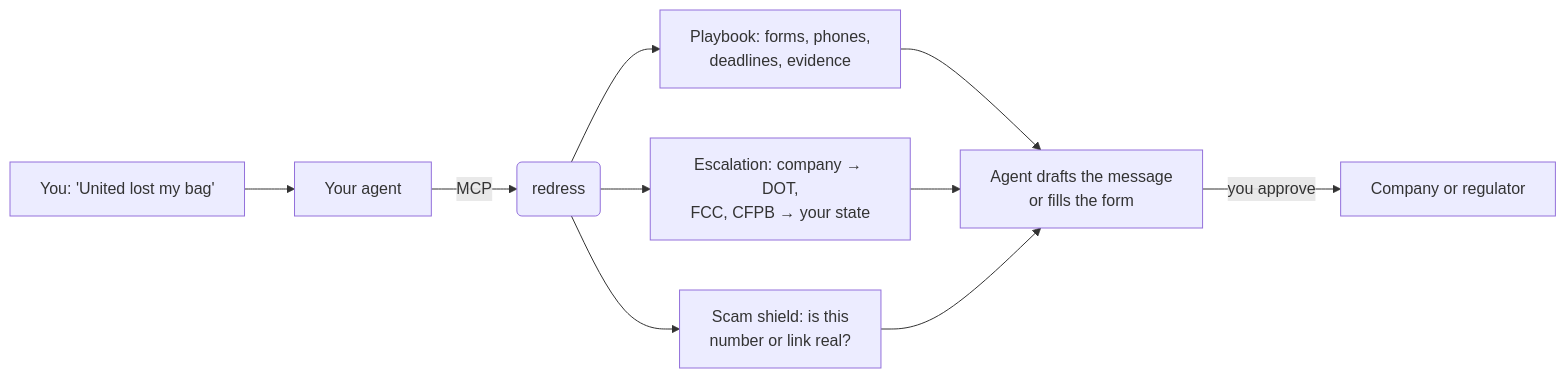
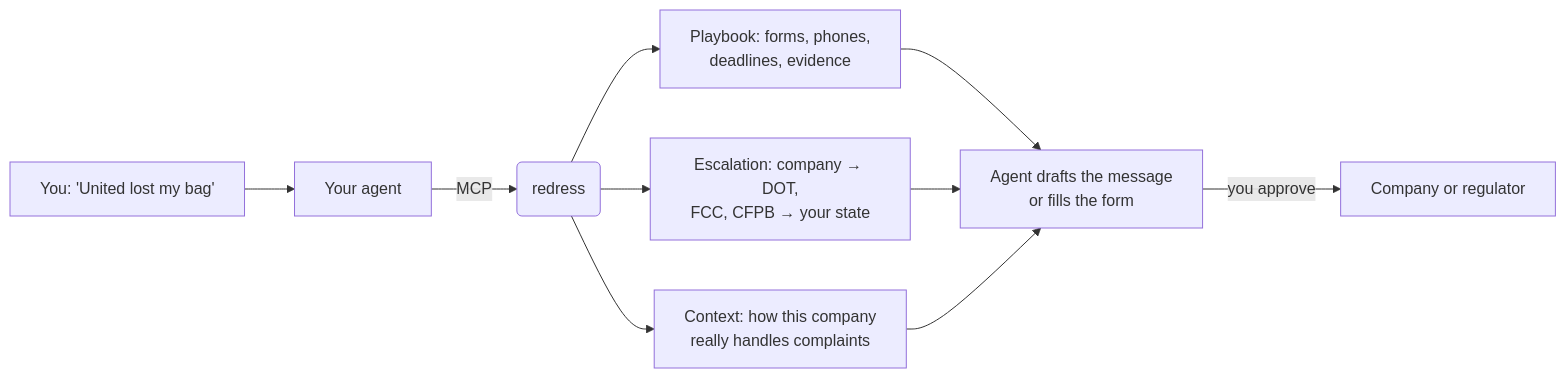
One commit to alexgaoth/escalate-anything changed the diagram in README.md. Above: the diagram before and after it, drawn with Mermaid. The commit also changed other lines of this file and 21 other files, not shown here.

First line of the commit message:
Remove the 'is this number real' checker; keep anti-scam as a side feature (#58)

````diff
--- a/README.md
+++ b/README.md
@@ -74,10 +74,10 @@
 ```mermaid
 flowchart LR
   A["You: 'United lost my bag'"] --> B[Your agent]
   B -->|MCP| C(redress)
   C --> D["Playbook: forms, phones,<br/>deadlines, evidence"]
   C --> E["Escalation: company → DOT,<br/>FCC, CFPB → your state"]
-  C --> F["Scam shield: is this<br/>number or link real?"]
+  C --> F["Context: how this company<br/>really handles complaints"]
   D & E & F --> G["Agent drafts the message<br/>or fills the form"]
   G -->|you approve| H[Company or regulator]
 ```
````
